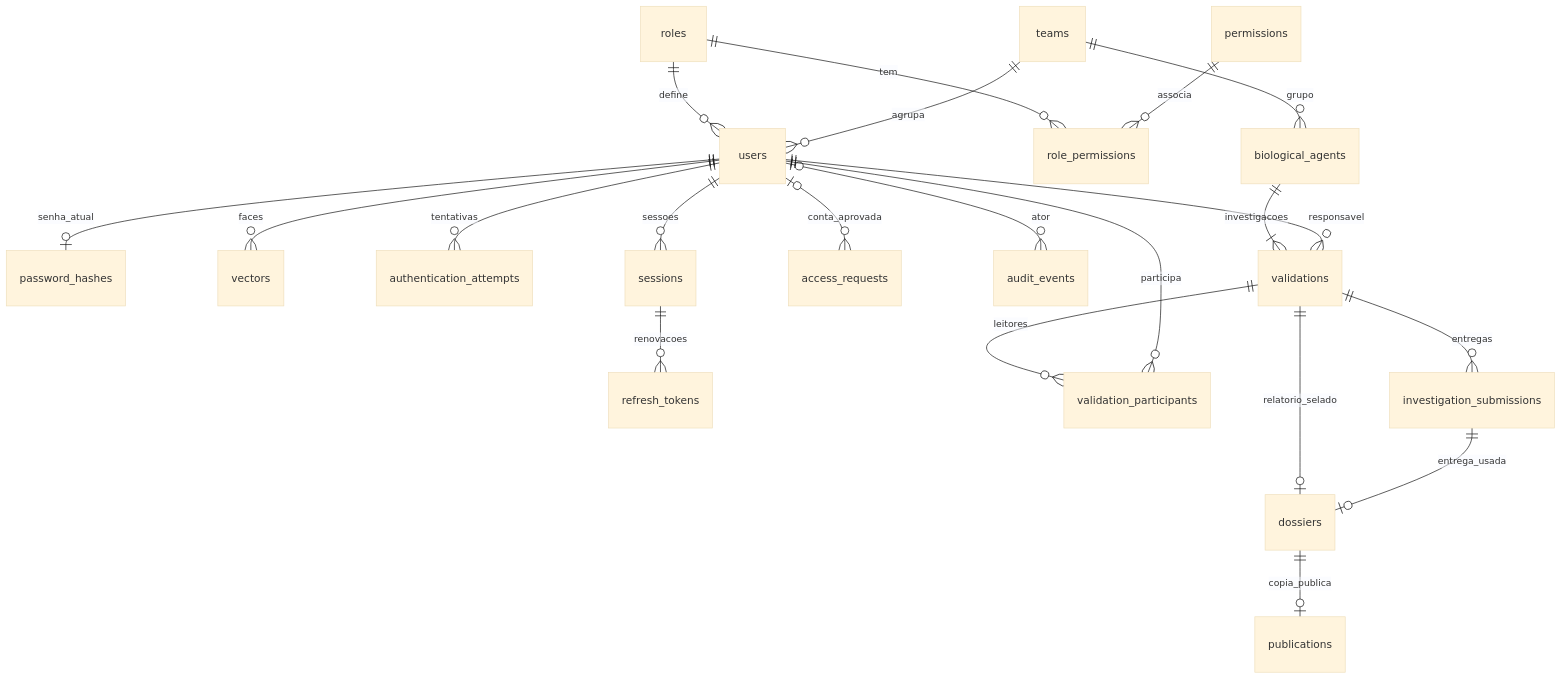
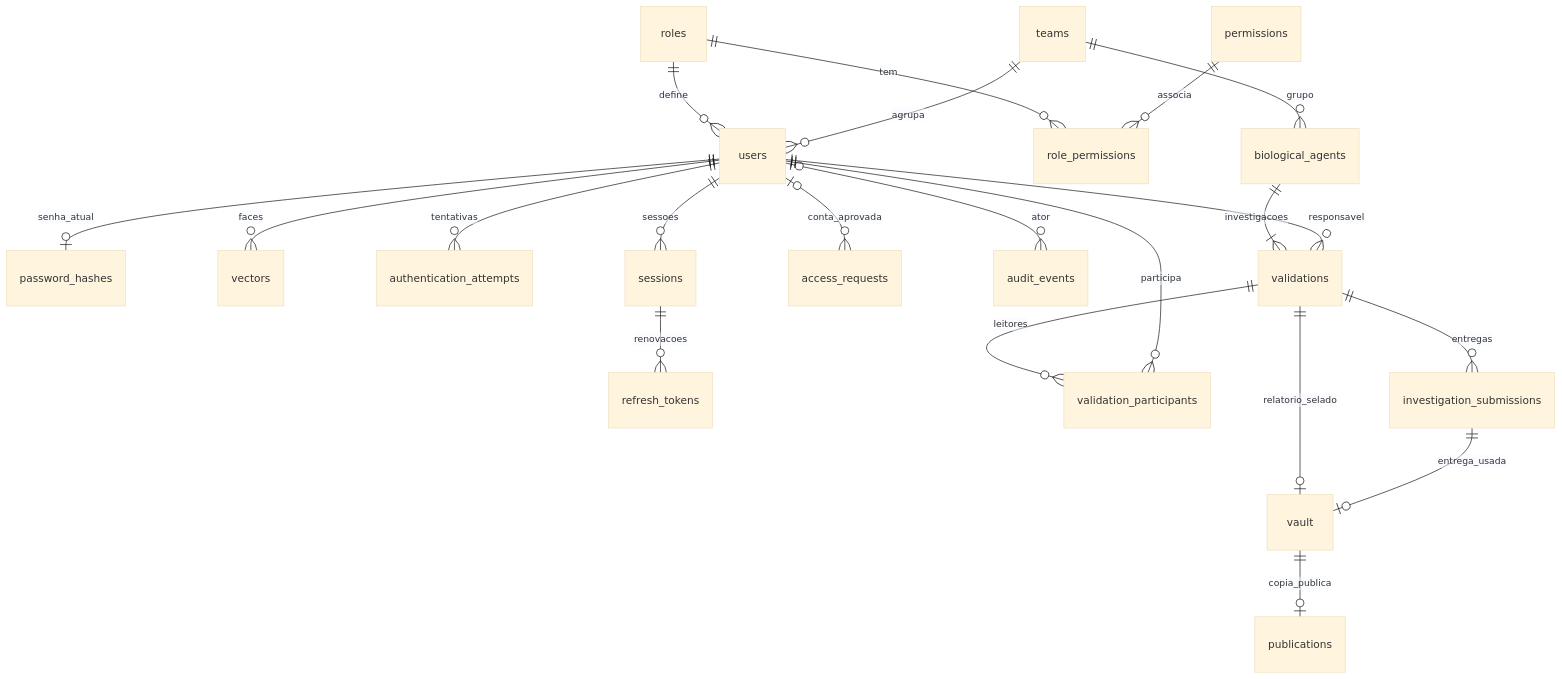
The diagram in docs/DATABASE.md (Luiznuness-py/facial_recognition), drawn with Mermaid (base theme) before and after one commit. The commit also changed other lines of this file and 13 other files, not shown here.

Commit message:
upd: Ajuste nas campos das tabelas e ajuste do nome de uma tabela. Criado o arquivo e as configurações dos logs da aplicação e inicio da criação dos schemas

````diff
--- a/docs/DATABASE.md
+++ b/docs/DATABASE.md
@@ -143,23 +157,23 @@
 ```mermaid
 erDiagram
     roles ||--o{ users : define
     roles ||--o{ role_permissions : tem
     permissions ||--o{ role_permissions : associa
     teams ||--o{ users : agrupa
     users ||--o| password_hashes : senha_atual
     users ||--o{ vectors : faces
     users ||--o{ authentication_attempts : tentativas
     users ||--o{ sessions : sessoes
     sessions ||--o{ refresh_tokens : renovacoes
     users o|--o{ access_requests : conta_aprovada
     users o|--o{ audit_events : ator
     teams ||--o{ biological_agents : grupo
     biological_agents ||--|{ validations : investigacoes
     users ||--o{ validations : responsavel
     validations ||--o{ validation_participants : leitores
     users ||--o{ validation_participants : participa
     validations ||--o{ investigation_submissions : entregas
-    validations ||--o| dossiers : relatorio_selado
-    investigation_submissions ||--o| dossiers : entrega_usada
-    dossiers ||--o| publications : copia_publica
+    validations ||--o| vault : relatorio_selado
+    investigation_submissions ||--o| vault : entrega_usada
+    vault ||--o| publications : copia_publica
 ```
````
